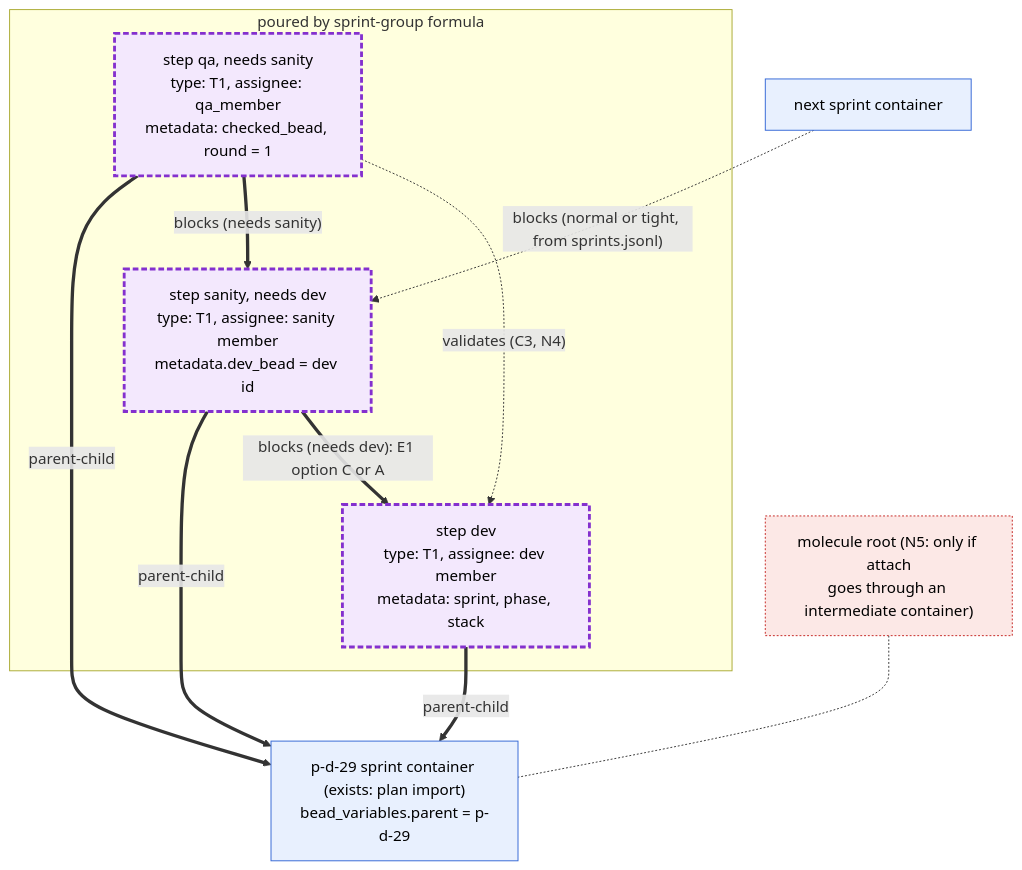
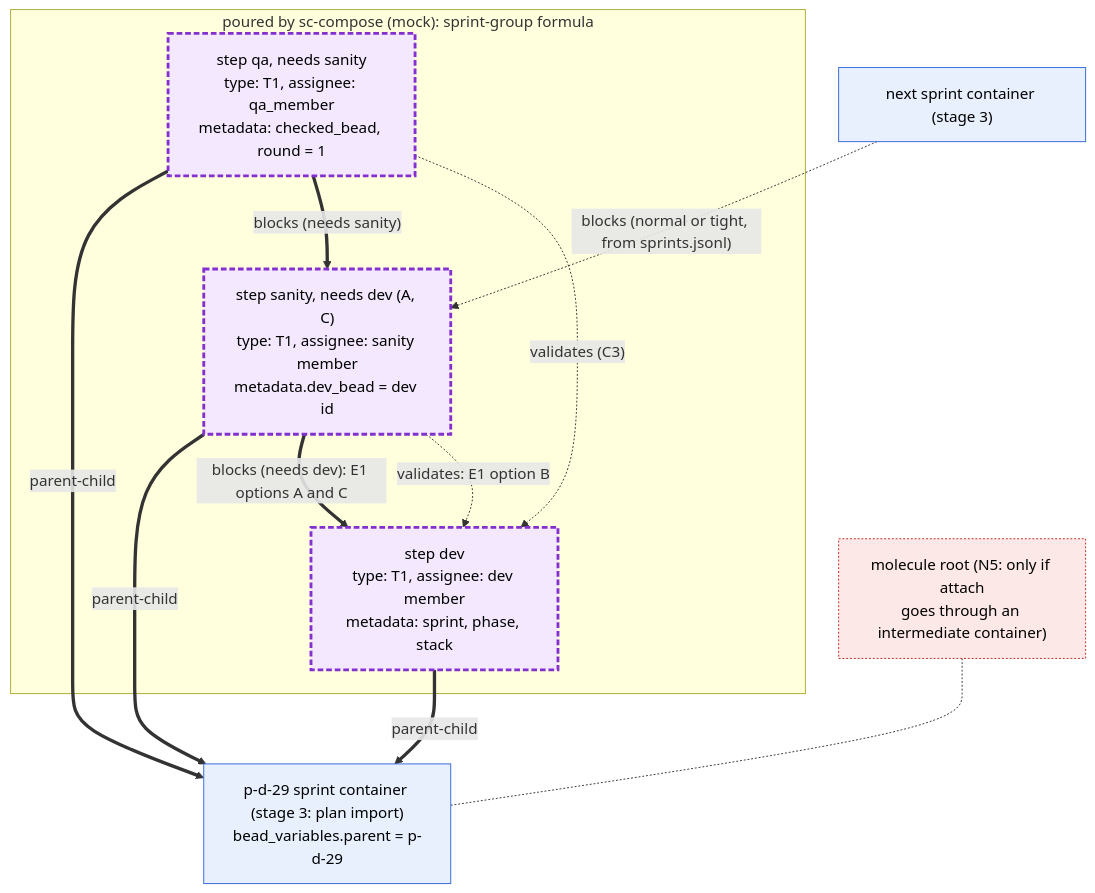
The second of 4 diagrams in docs/diagrams/07-sc-compose-formula.md (randlee/atm-bd-orchestration), drawn with Mermaid before and after one commit. The commit also changed other lines of this file and 5 other files, not shown here.

First line of the commit message:
docs: apply Rand's rulings to the bead diagrams

````diff
--- a/docs/diagrams/07-sc-compose-formula.md
+++ b/docs/diagrams/07-sc-compose-formula.md
@@ -72,24 +92,25 @@
 ```mermaid
 flowchart TB
   classDef tmpl fill:#e8f0fe,stroke:#3367d6,color:#000
   classDef poured fill:#f3e8fd,stroke:#8430ce,stroke-width:3px,stroke-dasharray:6 3,color:#000
   classDef open fill:#fce8e6,stroke:#c5221f,stroke-dasharray:2 2,color:#000
 
-  SPR["p-d-29 sprint container (exists: plan import)<br/>bead_variables.parent = p-d-29"]:::tmpl
+  SPR["p-d-29 sprint container (stage 3: plan import)<br/>bead_variables.parent = p-d-29"]:::tmpl
   MOL["molecule root (N5: only if attach<br/>goes through an intermediate container)"]:::open
-  subgraph POUR["poured by sprint-group formula"]
+  subgraph POUR["poured by sc-compose (mock): sprint-group formula"]
     DEV["step dev<br/>type: T1, assignee: dev member<br/>metadata: sprint, phase, stack"]:::poured
-    SAN["step sanity, needs dev<br/>type: T1, assignee: sanity member<br/>metadata.dev_bead = dev id"]:::poured
+    SAN["step sanity, needs dev (A, C)<br/>type: T1, assignee: sanity member<br/>metadata.dev_bead = dev id"]:::poured
     QA["step qa, needs sanity<br/>type: T1, assignee: qa_member<br/>metadata: checked_bead, round = 1"]:::poured
   end
-  NEXT["next sprint container"]:::tmpl
+  NEXT["next sprint container (stage 3)"]:::tmpl
 
   DEV ==>|parent-child| SPR
   SAN ==>|parent-child| SPR
   QA ==>|parent-child| SPR
-  SAN ==>|"blocks (needs dev): E1 option C or A"| DEV
+  SAN ==>|"blocks (needs dev): E1 options A and C"| DEV
+  SAN -.->|"validates: E1 option B"| DEV
   QA ==>|"blocks (needs sanity)"| SAN
-  QA -.->|"validates (C3, N4)"| DEV
+  QA -.->|"validates (C3)"| DEV
   NEXT -.->|"blocks (normal or tight, from sprints.jsonl)"| SAN
   MOL -.- SPR
 ```
````
